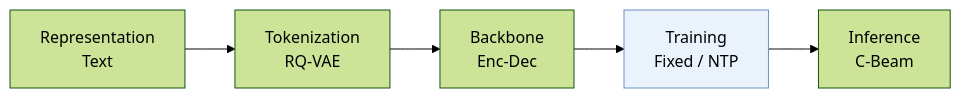
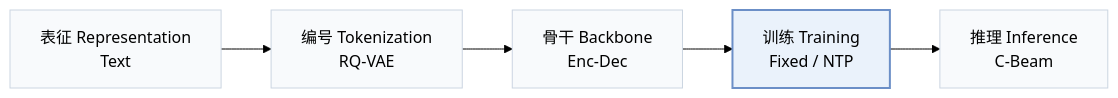
One commit to Galaxy-ghost/Awesome-SID-Generative-Rec changed the first of 2 diagrams in pages/zh/papers/token-weighted.md. Above: the diagram before and after it, drawn with Mermaid (forest theme). The commit also changed other lines of this file and 649 other files, not shown here.

Commit message:
writer-05: also tags and modality index (schema, check, build, visuals); summary field removed; calibration data for 12 papers

````diff
--- a/pages/zh/papers/token-weighted.md
+++ b/pages/zh/papers/token-weighted.md
@@ -13,6 +15,8 @@
 ```mermaid
 flowchart LR
-    R["Representation<br/>Text"] --> T["Tokenization<br/>RQ-VAE"] --> B["Backbone<br/>Enc-Dec"] --> TR["Training<br/>Fixed / NTP"] --> I["Inference<br/>C-Beam"]
-    classDef main fill:#eaf2fb,stroke:#6b8fc7
+    R["表征 Representation<br/>Text"] --> T["编号 Tokenization<br/>RQ-VAE"] --> B["骨干 Backbone<br/>Enc-Dec"] --> TR["训练 Training<br/>Fixed / NTP"] --> I["推理 Inference<br/>C-Beam"]
+    classDef base fill:#f8fafc,stroke:#cbd5e1
+    class R,T,B,TR,I base
+    classDef main fill:#eaf2fb,stroke:#6b8fc7,stroke-width:2px
     class TR main
 ```
````
